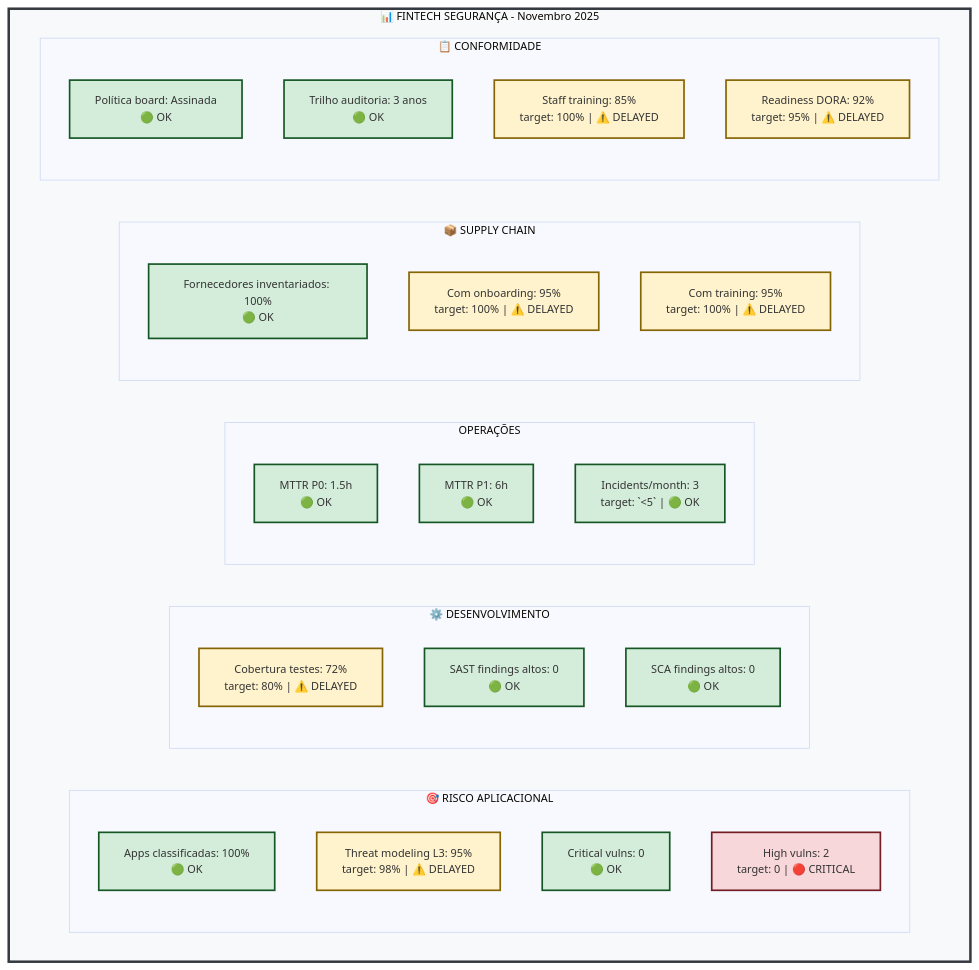
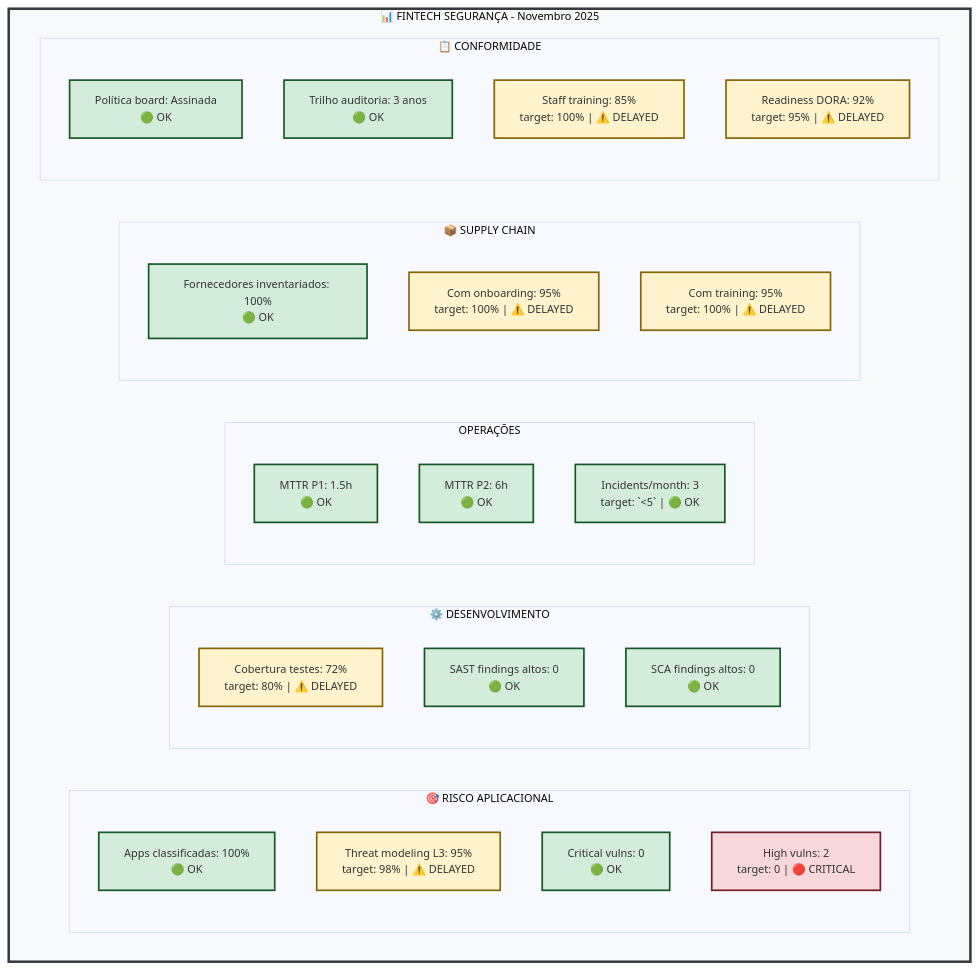
Before and after one commit to SbD-ToE/sbd-toe-manual: the first of 3 diagrams in manuals_src/docs/sbd-toe/002-cross-check-normativo/exemplo-playbook/02-exemplo-kpis-targets.md, drawn with Mermaid. The commit also changed other lines of this file and 26 other files, not shown here.

````diff
--- a/manuals_src/docs/sbd-toe/002-cross-check-normativo/exemplo-playbook/02-exemplo-kpis-targets.md
+++ b/manuals_src/docs/sbd-toe/002-cross-check-normativo/exemplo-playbook/02-exemplo-kpis-targets.md
@@ -67,56 +67,56 @@
 ```mermaid
 %%{init: {'theme':'base', 'themeVariables': { 'fontSize':'13px'}}}%%
 graph TB
     subgraph FINTECH["📊 FINTECH SEGURANÇA - Novembro 2025"]
         subgraph RISCO["🎯 RISCO APLICACIONAL"]
             R1["Apps classificadas: 100%<br/>🟢 OK"]
             R2["Threat modeling L3: 95%<br/>target: 98% | ⚠️ DELAYED"]
             R3["Critical vulns: 0<br/>🟢 OK"]
             R4["High vulns: 2<br/>target: 0 | 🔴 CRITICAL"]
         end
         
         subgraph DEV["⚙️ DESENVOLVIMENTO"]
             D1["Cobertura testes: 72%<br/>target: 80% | ⚠️ DELAYED"]
             D2["SAST findings altos: 0<br/>🟢 OK"]
             D3["SCA findings altos: 0<br/>🟢 OK"]
         end
         
         subgraph OPS["OPERAÇÕES"]
-            O1["MTTR P0: 1.5h<br/>🟢 OK"]
-            O2["MTTR P1: 6h<br/>🟢 OK"]
+            O1["MTTR P1: 1.5h<br/>🟢 OK"]
+            O2["MTTR P2: 6h<br/>🟢 OK"]
             O3["Incidents/month: 3<br/>target: `<5` | 🟢 OK"]
         end
         
         subgraph SUPPLY["📦 SUPPLY CHAIN"]
             S1["Fornecedores inventariados: 100%<br/>🟢 OK"]
             S2["Com onboarding: 95%<br/>target: 100% | ⚠️ DELAYED"]
             S3["Com training: 95%<br/>target: 100% | ⚠️ DELAYED"]
         end
         
         subgraph CONF["📋 CONFORMIDADE"]
             C1["Política board: Assinada<br/>🟢 OK"]
             C2["Trilho auditoria: 3 anos<br/>🟢 OK"]
             C3["Staff training: 85%<br/>target: 100% | ⚠️ DELAYED"]
             C4["Readiness DORA: 92%<br/>target: 95% | ⚠️ DELAYED"]
         end
     end
     
     style R1 fill:#d4edda,stroke:#155724,stroke-width:2px
     style R2 fill:#fff3cd,stroke:#856404,stroke-width:2px
     style R3 fill:#d4edda,stroke:#155724,stroke-width:2px
     style R4 fill:#f8d7da,stroke:#721c24,stroke-width:2px
     style D1 fill:#fff3cd,stroke:#856404,stroke-width:2px
     style D2 fill:#d4edda,stroke:#155724,stroke-width:2px
     style D3 fill:#d4edda,stroke:#155724,stroke-width:2px
     style O1 fill:#d4edda,stroke:#155724,stroke-width:2px
     style O2 fill:#d4edda,stroke:#155724,stroke-width:2px
     style O3 fill:#d4edda,stroke:#155724,stroke-width:2px
     style S1 fill:#d4edda,stroke:#155724,stroke-width:2px
     style S2 fill:#fff3cd,stroke:#856404,stroke-width:2px
     style S3 fill:#fff3cd,stroke:#856404,stroke-width:2px
     style C1 fill:#d4edda,stroke:#155724,stroke-width:2px
     style C2 fill:#d4edda,stroke:#155724,stroke-width:2px
     style C3 fill:#fff3cd,stroke:#856404,stroke-width:2px
     style C4 fill:#fff3cd,stroke:#856404,stroke-width:2px
     style FINTECH fill:#f8f9fa,stroke:#343a40,stroke-width:3px
 ```
````
